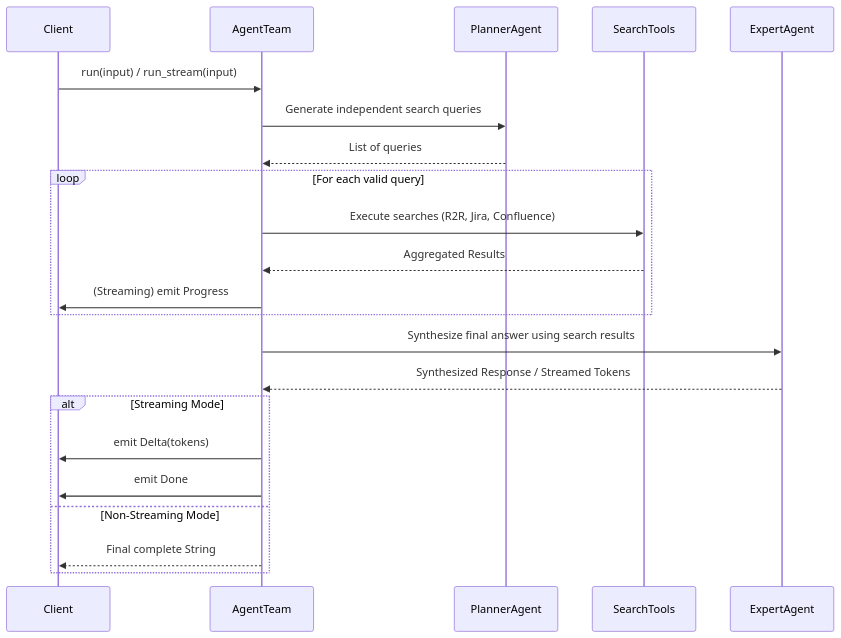
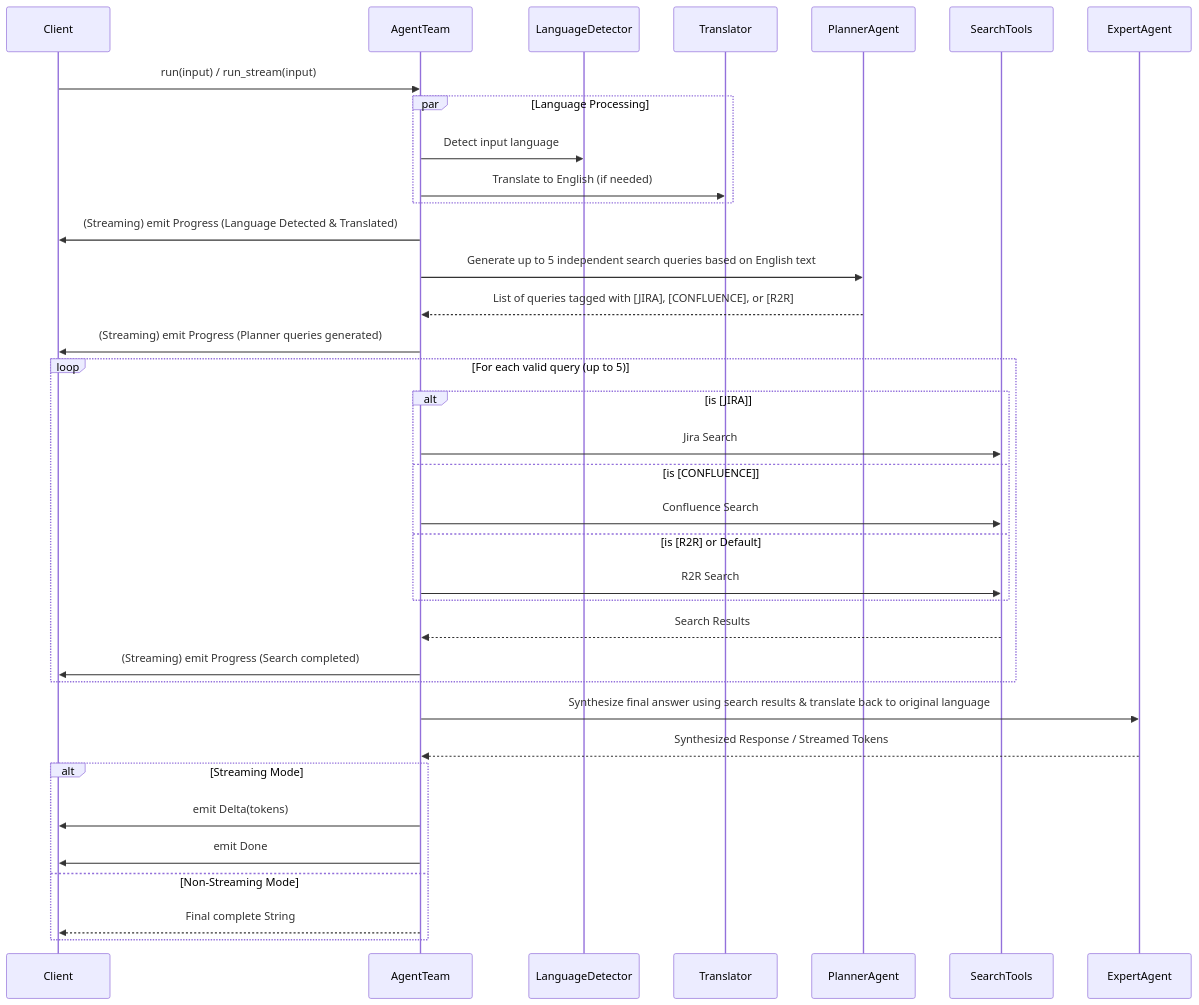
Before and after one commit to lgcorzo/fastapi-autogen-team: the second of 2 diagrams in .knowledge/src-domain-agent-team.md, drawn with Mermaid. The commit also changed other lines of this file and 10 other files, not shown here.

````diff
--- a/.knowledge/src-domain-agent-team.md
+++ b/.knowledge/src-domain-agent-team.md
@@ -38,28 +38,47 @@
 ```mermaid
 sequenceDiagram
     participant Client
     participant AgentTeam
+    participant LanguageDetector
+    participant Translator
     participant PlannerAgent
     participant SearchTools
     participant ExpertAgent
 
     Client->>AgentTeam: run(input) / run_stream(input)
-    AgentTeam->>PlannerAgent: Generate independent search queries
-    PlannerAgent-->>AgentTeam: List of queries
 
-    loop For each valid query
-        AgentTeam->>SearchTools: Execute searches (R2R, Jira, Confluence)
-        SearchTools-->>AgentTeam: Aggregated Results
-        AgentTeam->>Client: (Streaming) emit Progress
+    par Language Processing
+        AgentTeam->>LanguageDetector: Detect input language
+        AgentTeam->>Translator: Translate to English (if needed)
     end
 
-    AgentTeam->>ExpertAgent: Synthesize final answer using search results
+    AgentTeam->>Client: (Streaming) emit Progress (Language Detected & Translated)
+
+    AgentTeam->>PlannerAgent: Generate up to 5 independent search queries based on English text
+    PlannerAgent-->>AgentTeam: List of queries tagged with [JIRA], [CONFLUENCE], or [R2R]
+
+    AgentTeam->>Client: (Streaming) emit Progress (Planner queries generated)
+
+    loop For each valid query (up to 5)
+        alt is [JIRA]
+            AgentTeam->>SearchTools: Jira Search
+        else is [CONFLUENCE]
+            AgentTeam->>SearchTools: Confluence Search
+        else is [R2R] or Default
+            AgentTeam->>SearchTools: R2R Search
+        end
+
+        SearchTools-->>AgentTeam: Search Results
+        AgentTeam->>Client: (Streaming) emit Progress (Search completed)
+    end
+
+    AgentTeam->>ExpertAgent: Synthesize final answer using search results & translate back to original language
     ExpertAgent-->>AgentTeam: Synthesized Response / Streamed Tokens
 
     alt Streaming Mode
         AgentTeam->>Client: emit Delta(tokens)
         AgentTeam->>Client: emit Done
     else Non-Streaming Mode
         AgentTeam-->>Client: Final complete String
     end
 ```
````
